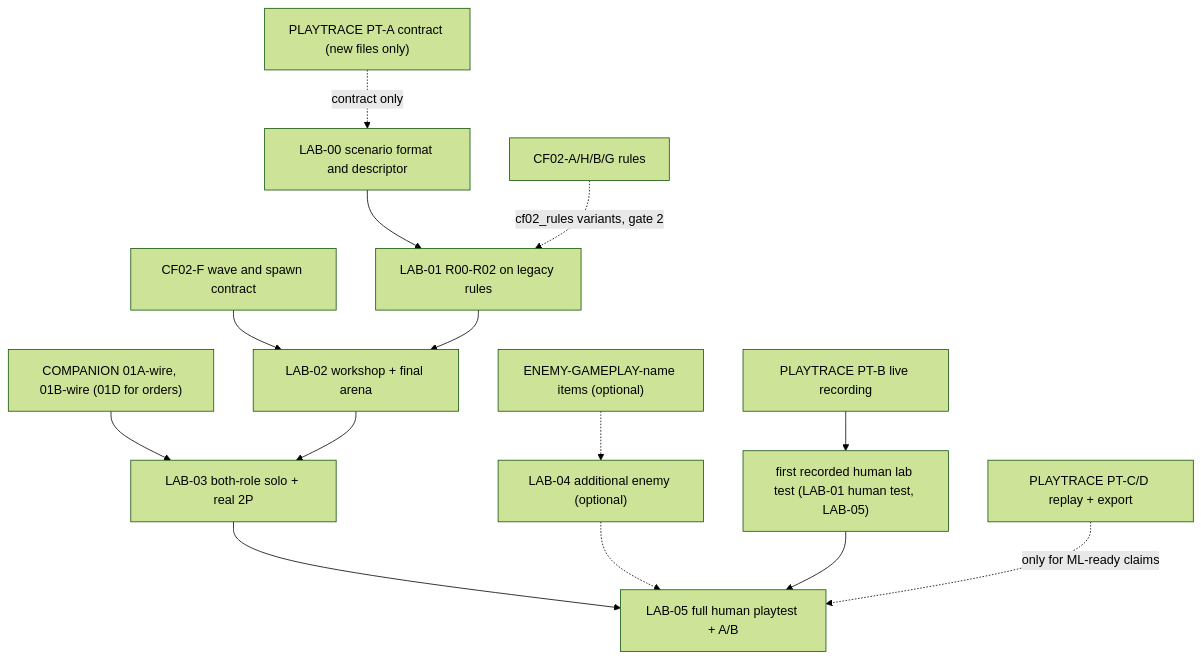
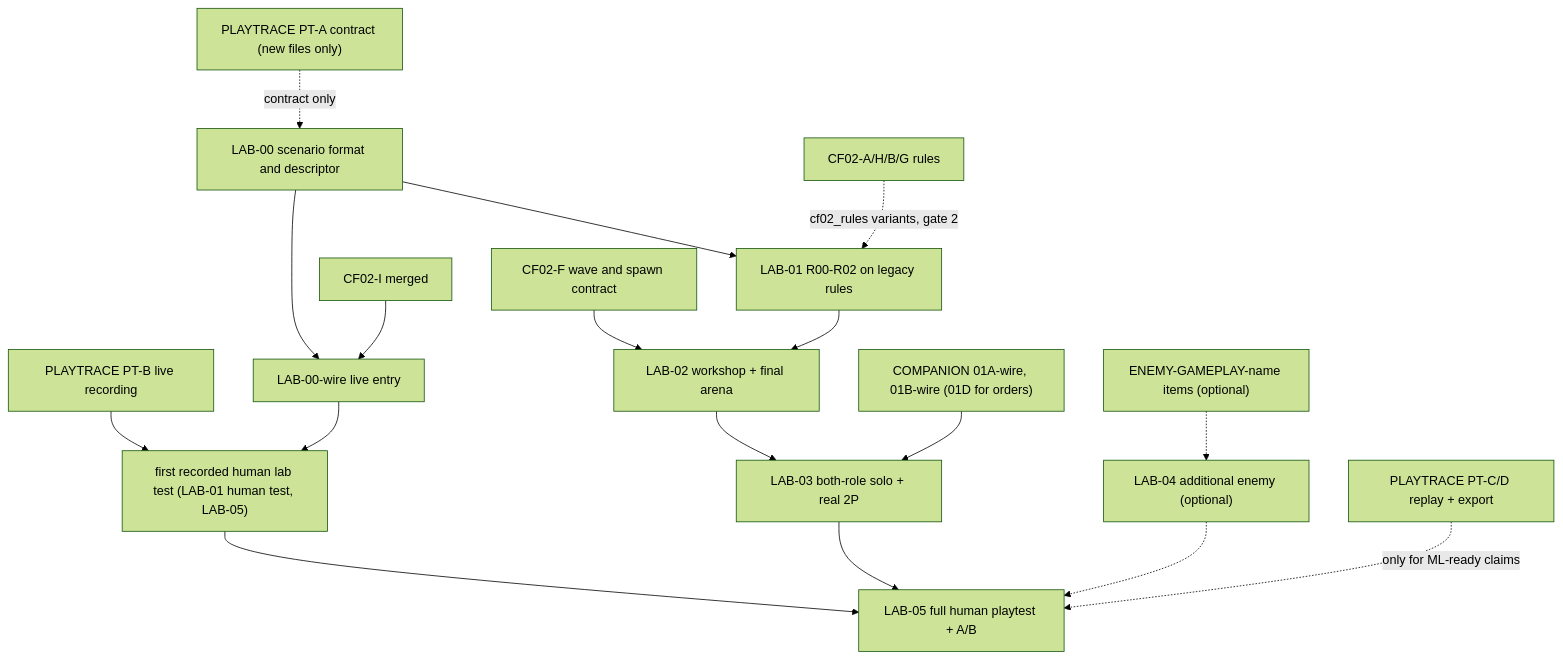
Before and after one commit to pando85/dungeon-floorbreak: the diagram in docs/01-design/combat-lab-01-advanced-playtest.md, drawn with Mermaid (forest theme). The commit also changed other lines of this file and 7 other files, not shown here.

First line of the commit message:
docs(combat-lab, playtrace): split LAB-00-wire live entry, re-anchor LAB-Q11 to the 448 px separation wall

````diff
--- a/docs/01-design/combat-lab-01-advanced-playtest.md
+++ b/docs/01-design/combat-lab-01-advanced-playtest.md
@@ -122,16 +122,18 @@
 ```mermaid
 flowchart TD
  PTA["PLAYTRACE PT-A contract (new files only)"] -.->|contract only| LAB0["LAB-00 scenario format and descriptor"]
  PTB["PLAYTRACE PT-B live recording"] --> LABH["first recorded human lab test (LAB-01 human test, LAB-05)"]
  LAB0 --> LAB1["LAB-01 R00-R02 on legacy rules"]
+ CFI["CF02-I merged"] --> LABW["LAB-00-wire live entry"] --> LABH
+ LAB0 --> LABW
  CFF["CF02-F wave and spawn contract"] --> LAB2["LAB-02 workshop + final arena"]
  CFR["CF02-A/H/B/G rules"] -.->|cf02_rules variants, gate 2| LAB1
  LAB1 --> LAB2
  CA["COMPANION 01A-wire, 01B-wire (01D for orders)"] --> LAB3["LAB-03 both-role solo + real 2P"]
  LAB2 --> LAB3
  EN["ENEMY-GAMEPLAY-name items (optional)"] -.-> LAB4["LAB-04 additional enemy (optional)"]
  LAB3 --> LAB5["LAB-05 full human playtest + A/B"]
  LAB4 -.-> LAB5
  LABH --> LAB5
  PT3["PLAYTRACE PT-C/D replay + export"] -.->|only for ML-ready claims| LAB5
 ```
````
